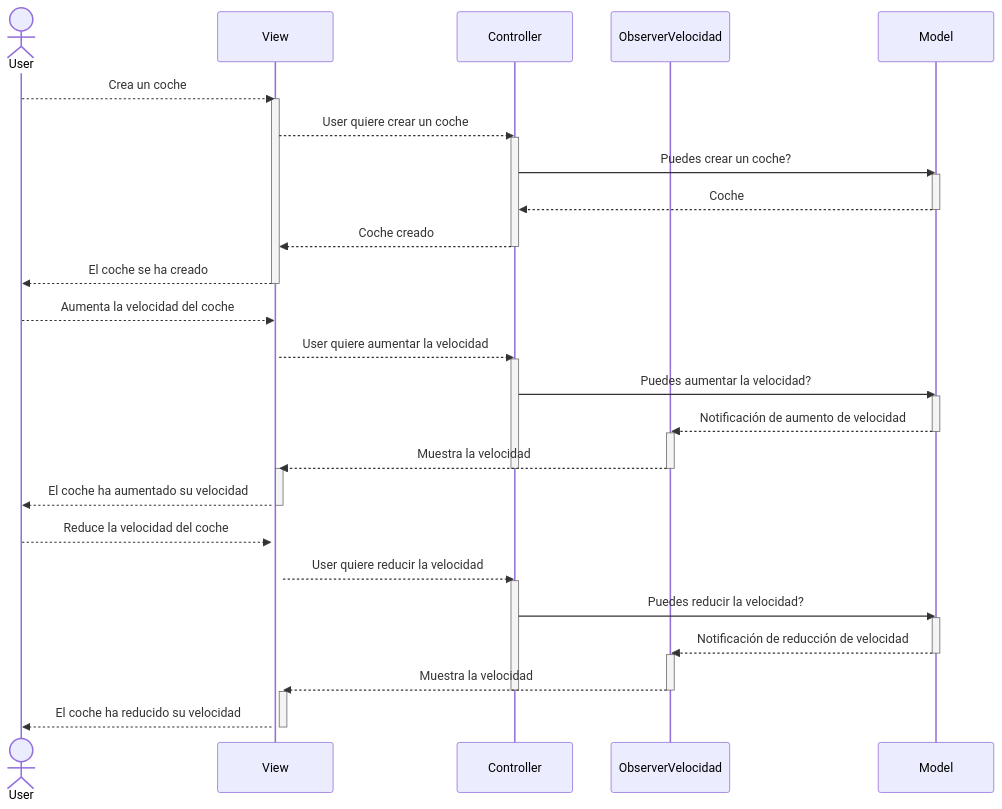
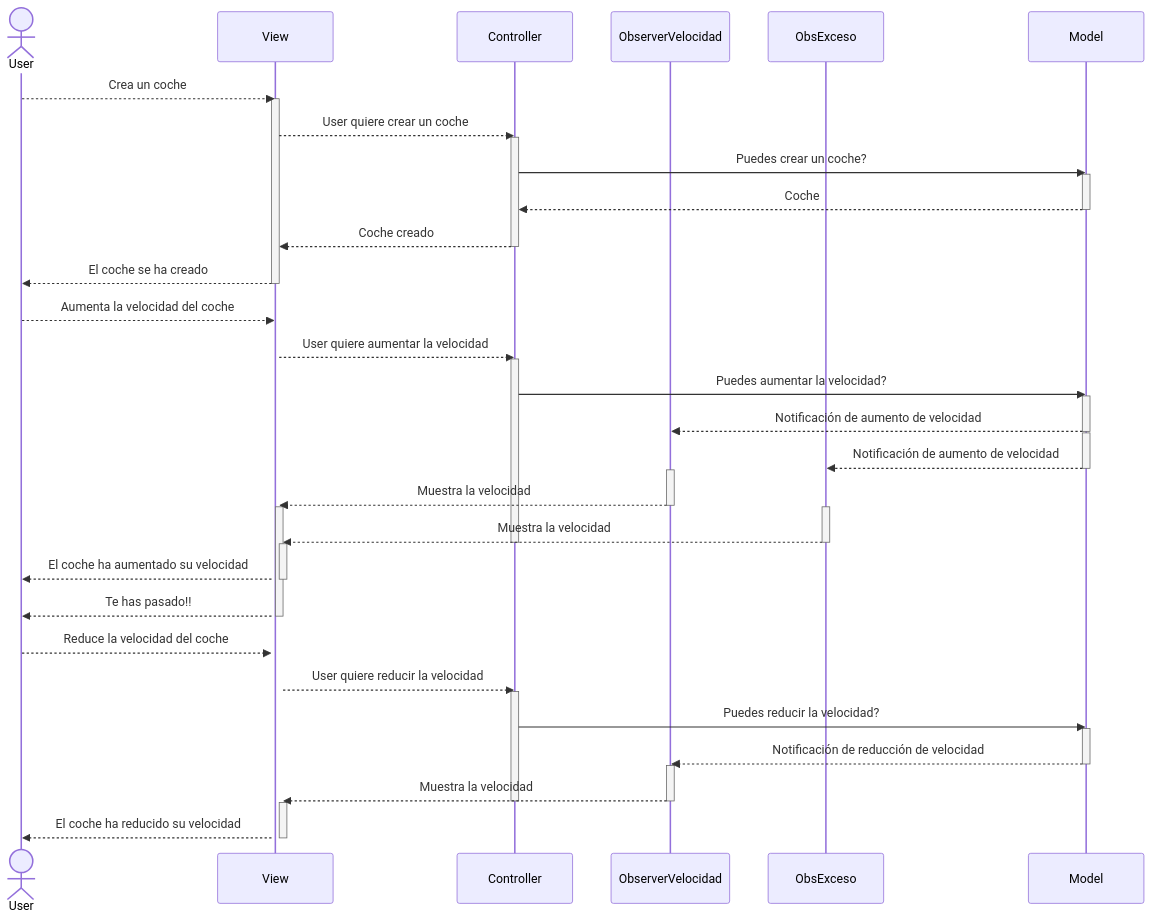
Before and after one commit to JorgeAmestoy/MVC_coches: the second of 4 diagrams in Readme.md, drawn with Mermaid. The commit also changed other lines of this file, not shown here.

````diff
--- a/Readme.md
+++ b/Readme.md
@@ -63,51 +67,60 @@
 ```mermaid
 sequenceDiagram
     actor User
     participant View
     participant Controller
     participant ObserverVelocidad
+    participant ObsExceso
     participant Model
     
     User-->>View: Crea un coche
     activate View
     View-->>Controller: User quiere crear un coche
     activate Controller
     Controller->>Model: Puedes crear un coche?
     activate Model
     Model-->>Controller: Coche
     deactivate Model
     Controller-->>View: Coche creado
     deactivate Controller
     View-->>User: El coche se ha creado
     deactivate View
     
     User-->>View: Aumenta la velocidad del coche
     activate View
     View-->>Controller: User quiere aumentar la velocidad
     activate Controller
     Controller->>Model: Puedes aumentar la velocidad?
     activate Model
     Model-->>ObserverVelocidad: Notificación de aumento de velocidad
     deactivate Model
+    activate Model
+    Model-->>ObsExceso: Notificación de aumento de velocidad
+    deactivate Model
     activate ObserverVelocidad
     ObserverVelocidad-->>+View: Muestra la velocidad
     deactivate ObserverVelocidad
+    activate ObsExceso
+    ObsExceso-->>+View: Muestra la velocidad
+    deactivate ObsExceso
     deactivate Controller
     View-->>User: El coche ha aumentado su velocidad
+    deactivate View
+    View-->>User: Te has pasado!!
     deactivate View
     
     User-->>View: Reduce la velocidad del coche
     activate View
     View-->>Controller: User quiere reducir la velocidad
     activate Controller
     Controller->>Model: Puedes reducir la velocidad?
     activate Model
     Model-->>ObserverVelocidad: Notificación de reducción de velocidad
     deactivate Model
     activate ObserverVelocidad
     ObserverVelocidad-->>+View: Muestra la velocidad
     deactivate ObserverVelocidad
     deactivate Controller
     View-->>User: El coche ha reducido su velocidad
     deactivate View
 ```
````
